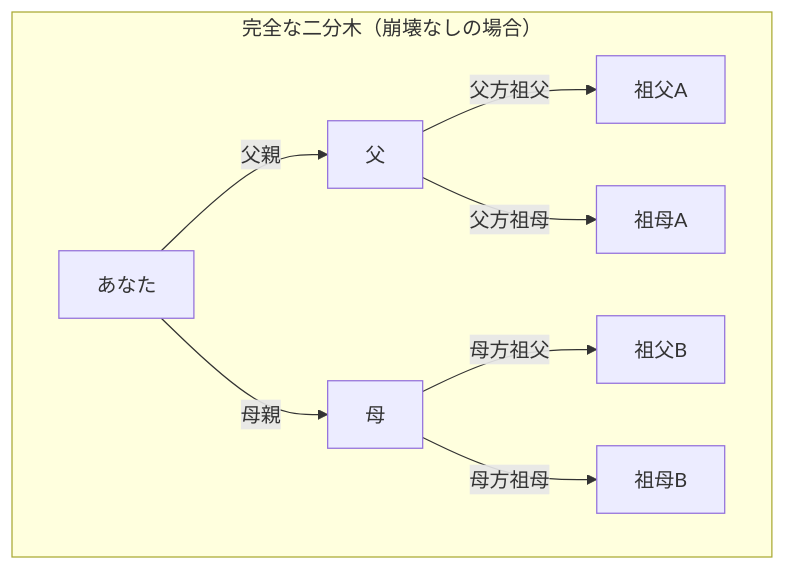
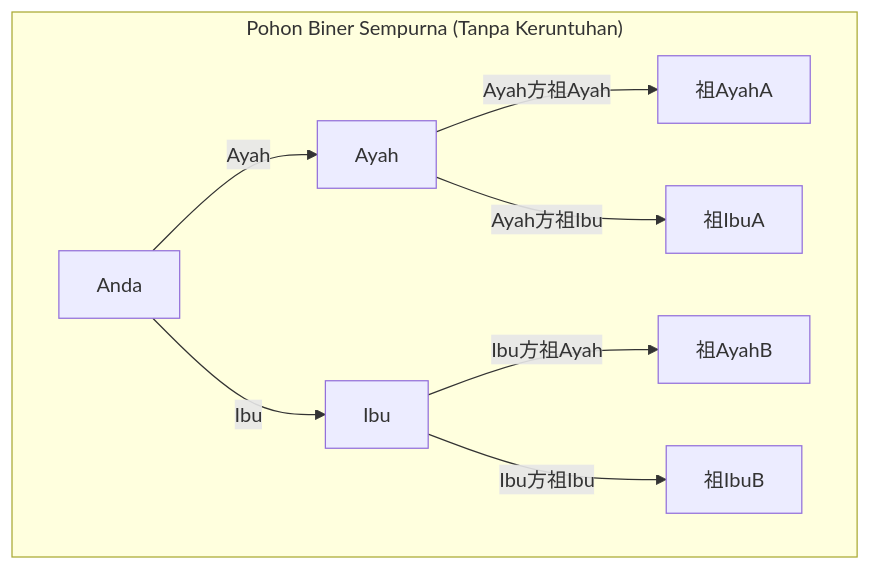
One commit to kenjinote/blog changed the first of 3 diagrams in content/post/pedigree-collapse/index.id.md. Above: the diagram before and after it, drawn with Mermaid. The commit also changed other lines of this file and 28 other files, not shown here.

Commit message:
Translate Japanese text inside Mermaid diagrams to respective languages

````diff
--- a/content/post/pedigree-collapse/index.id.md
+++ b/content/post/pedigree-collapse/index.id.md
@@ -52,11 +52,11 @@
 ```mermaid
 graph TD
-    subgraph "完全な二分木（崩壊なしの場合）"
-        A1["あなた"] -->|"父親"| B1["父"]
-        A1 -->|"母親"| B2["母"]
-        B1 -->|"父方祖父"| C1["祖父A"]
-        B1 -->|"父方祖母"| C2["祖母A"]
-        B2 -->|"母方祖父"| C3["祖父B"]
-        B2 -->|"母方祖母"| C4["祖母B"]
+    subgraph "Pohon Biner Sempurna (Tanpa Keruntuhan)"
+        A1["Anda"] -->|"Ayah"| B1["Ayah"]
+        A1 -->|"Ibu"| B2["Ibu"]
+        B1 -->|"Ayah方祖Ayah"| C1["祖AyahA"]
+        B1 -->|"Ayah方祖Ibu"| C2["祖IbuA"]
+        B2 -->|"Ibu方祖Ayah"| C3["祖AyahB"]
+        B2 -->|"Ibu方祖Ibu"| C4["祖IbuB"]
     end
 ```
````
